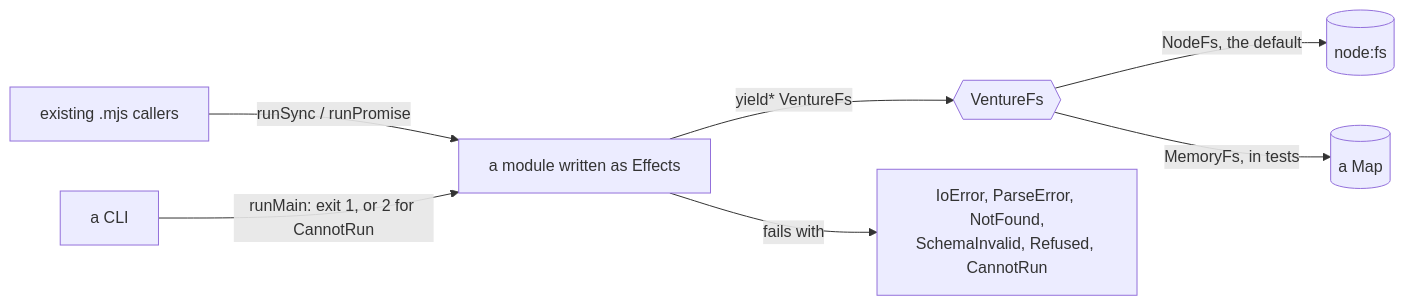
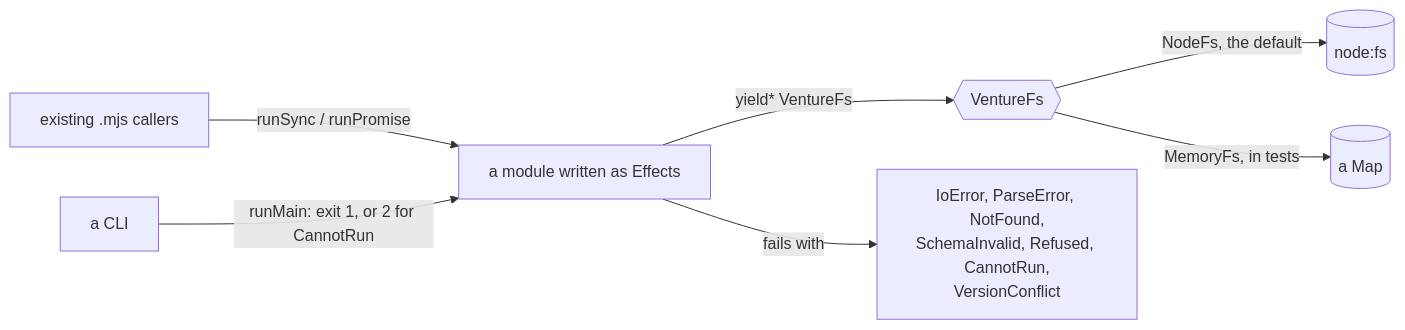
Before and after one commit to tchjhnsn/Naive: the diagram in packages/naive/src/core/effect/README.md, drawn with Mermaid. The commit also changed other lines of this file and 13 other files, not shown here.

````diff
--- a/packages/naive/src/core/effect/README.md
+++ b/packages/naive/src/core/effect/README.md
@@ -9,9 +9,9 @@
 ```mermaid
 flowchart LR
   OLD["existing .mjs callers"] -->|runSync / runPromise| EFF["a module written as Effects"]
   CLI["a CLI"] -->|runMain: exit 1, or 2 for CannotRun| EFF
   EFF -->|yield* VentureFs| FS{{VentureFs}}
   FS -->|NodeFs, the default| DISK[(node:fs)]
   FS -->|MemoryFs, in tests| MEM[(a Map)]
-  EFF -->|fails with| ERR["IoError, ParseError, NotFound,<br/>SchemaInvalid, Refused, CannotRun"]
+  EFF -->|fails with| ERR["IoError, ParseError, NotFound,<br/>SchemaInvalid, Refused, CannotRun,<br/>VersionConflict"]
 ```
````
